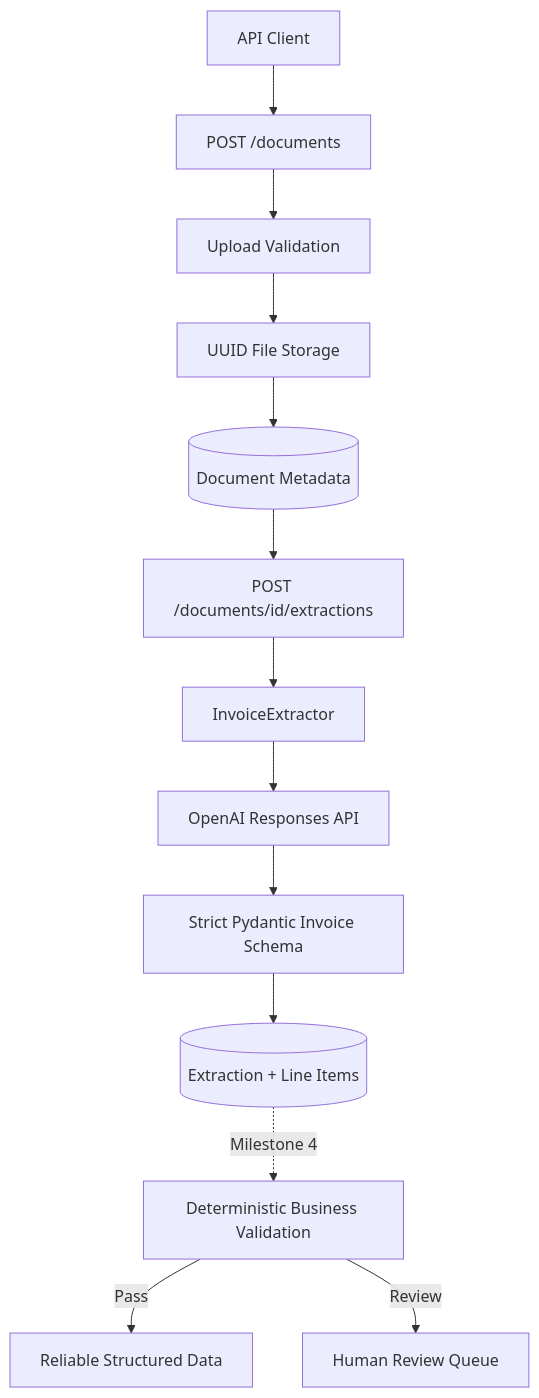
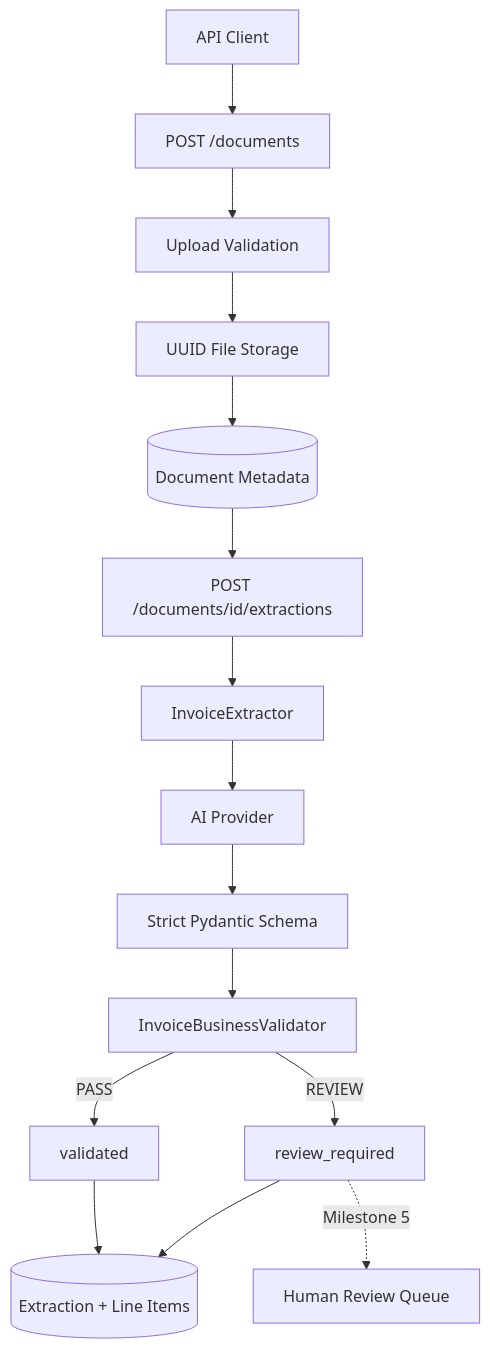
Before and after one commit to mawellsy/ai-document-review: the diagram in README.md, drawn with Mermaid. The commit also changed other lines of this file and 15 other files, not shown here.

Commit message:
feat: add deterministic invoice validation

````diff
--- a/README.md
+++ b/README.md
@@ -45,15 +47,17 @@
 ```mermaid
 flowchart TD
     A[API Client] --> B[POST /documents]
     B --> C[Upload Validation]
     C --> D[UUID File Storage]
     D --> E[(Document Metadata)]
     E --> F[POST /documents/id/extractions]
     F --> G[InvoiceExtractor]
-    G --> H[OpenAI Responses API]
-    H --> I[Strict Pydantic Invoice Schema]
-    I --> J[(Extraction + Line Items)]
-    J -. Milestone 4 .-> K[Deterministic Business Validation]
-    K -->|Pass| L[Reliable Structured Data]
-    K -->|Review| M[Human Review Queue]
+    G --> H[AI Provider]
+    H --> I[Strict Pydantic Schema]
+    I --> J[InvoiceBusinessValidator]
+    J -->|PASS| K[validated]
+    J -->|REVIEW| L[review_required]
+    K --> M[(Extraction + Line Items)]
+    L --> M
+    L -. Milestone 5 .-> N[Human Review Queue]
 ```
````
